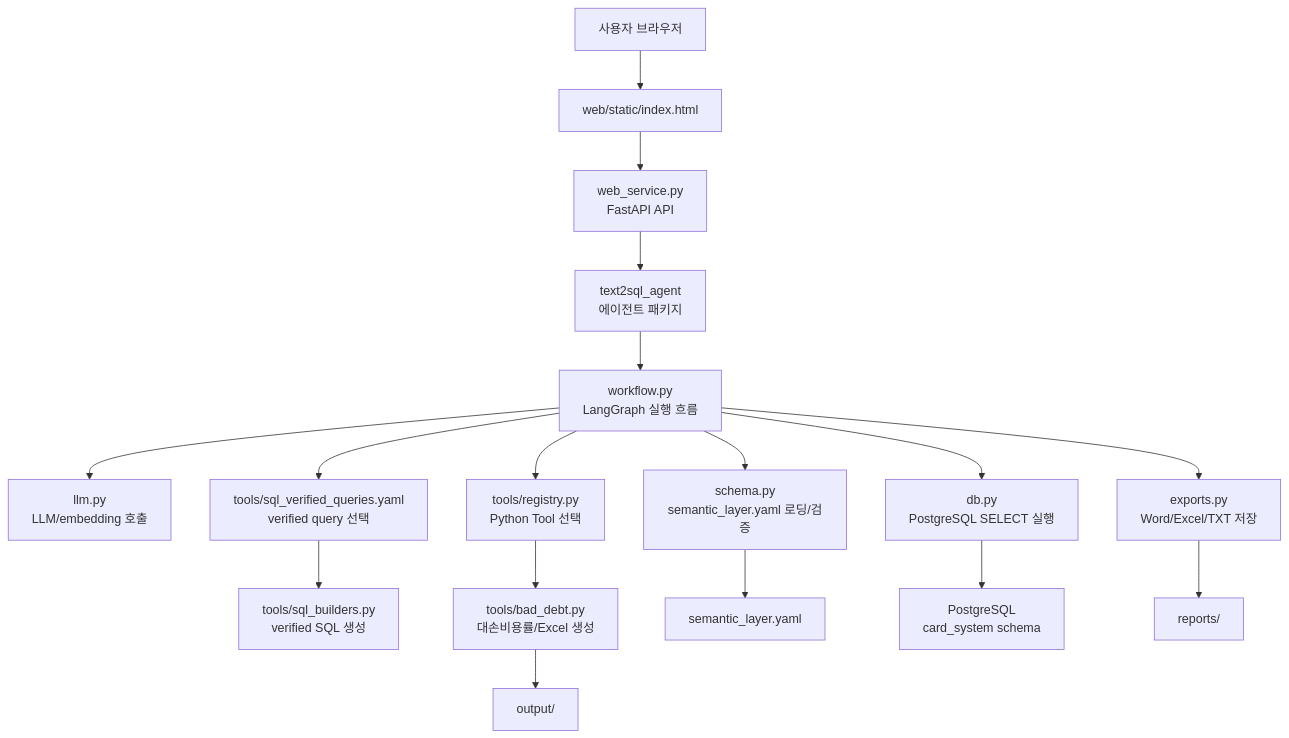
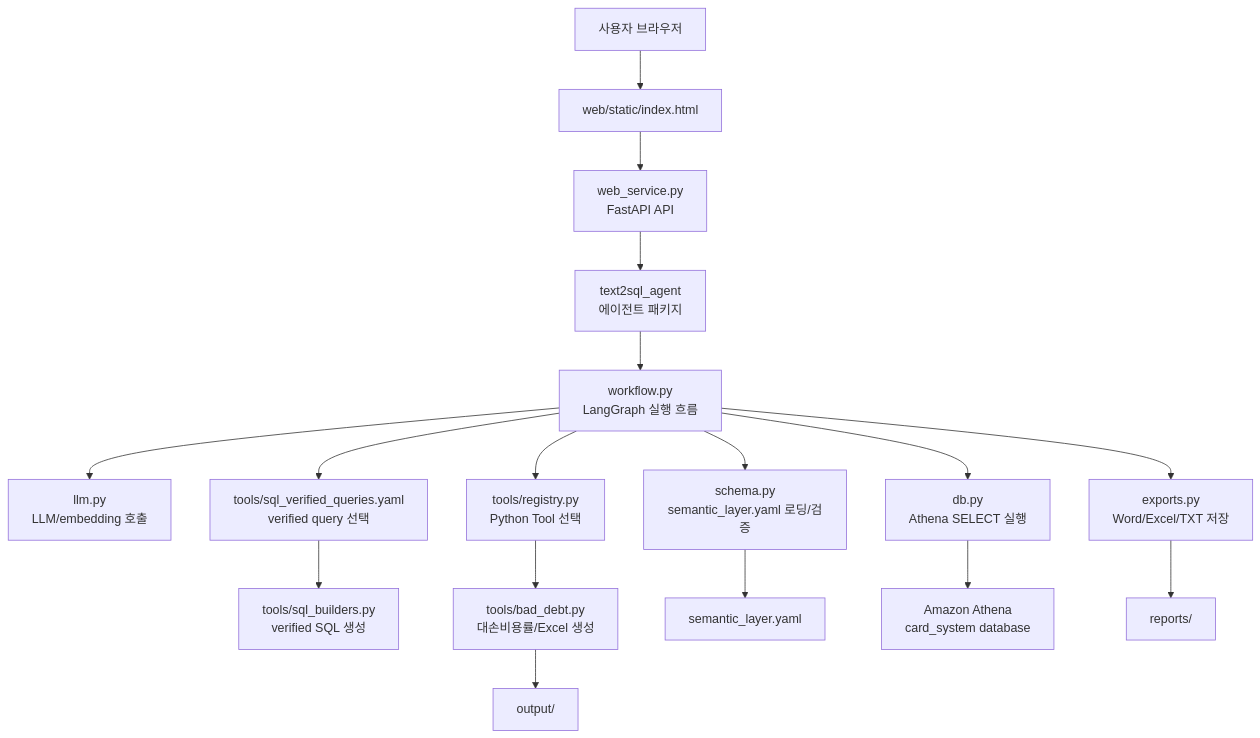
Before and after one commit to sminsu/corporate_sales: the diagram in README.md, drawn with Mermaid. The commit also changed other lines of this file and 14 other files, not shown here.

First line of the commit message:
Run business queries on Athena only; keep PostgreSQL for session storage

````diff
--- a/README.md
+++ b/README.md
@@ -13,21 +14,21 @@
 ```mermaid
 flowchart TD
     U["사용자 브라우저"] --> UI["web/static/index.html"]
     UI --> API["web_service.py<br/>FastAPI API"]
     API --> AGENT["text2sql_agent<br/>에이전트 패키지"]
     AGENT --> WF["workflow.py<br/>LangGraph 실행 흐름"]
 
     WF --> LLM["llm.py<br/>LLM/embedding 호출"]
     WF --> SCHEMA["schema.py<br/>semantic_layer.yaml 로딩/검증"]
     WF --> TOOLS["tools/registry.py<br/>Python Tool 선택"]
     WF --> VQ["tools/sql_verified_queries.yaml<br/>verified query 선택"]
     VQ --> SQLB["tools/sql_builders.py<br/>verified SQL 생성"]
     TOOLS --> BAD["tools/bad_debt.py<br/>대손비용률/Excel 생성"]
-    WF --> DB["db.py<br/>PostgreSQL SELECT 실행"]
+    WF --> DB["db.py<br/>Athena SELECT 실행"]
     WF --> EXPORT["exports.py<br/>Word/Excel/TXT 저장"]
 
     SCHEMA --> YAML["semantic_layer.yaml"]
-    DB --> PG["PostgreSQL<br/>card_system schema"]
+    DB --> ATHENA["Amazon Athena<br/>card_system database"]
     BAD --> OUT["output/"]
     EXPORT --> REPORTS["reports/"]
 ```
````
